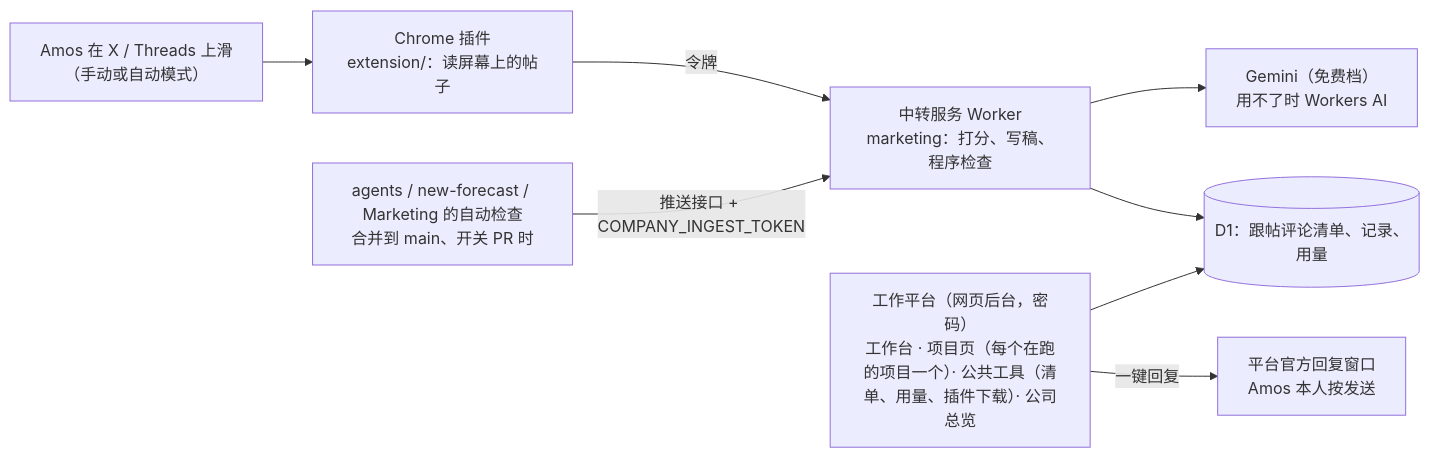
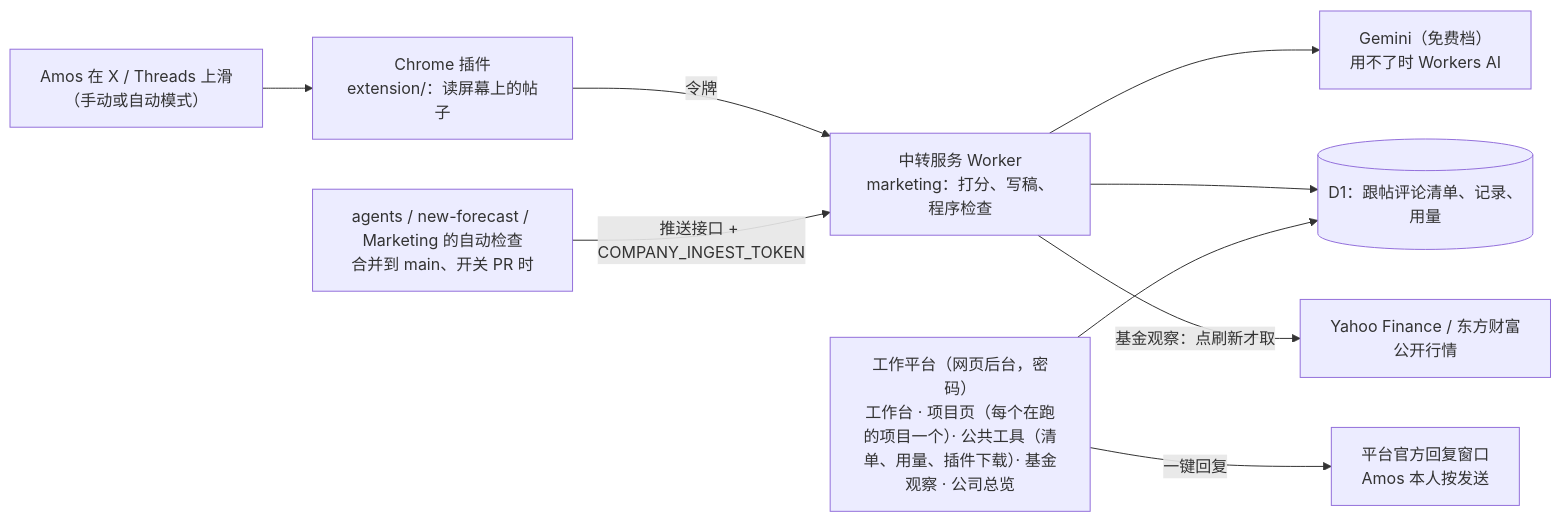
The diagram in 项目地图.md (dollar3651314/Marketing), drawn with Mermaid before and after one commit. The commit also changed other lines of this file and 7 other files, not shown here.

First line of the commit message:
基金观察：计算（funds.ts）、取数和接口（funds-api.ts）、页面（funds-page.ts）、迁移 0014、地图和索引

````diff
--- a/项目地图.md
+++ b/项目地图.md
@@ -14,10 +15,11 @@
 ```mermaid
 flowchart LR
     A["Amos 在 X / Threads 上滑<br/>（手动或自动模式）"] --> P["Chrome 插件<br/>extension/：读屏幕上的帖子"]
     P -->|"令牌"| R["中转服务 Worker<br/>marketing：打分、写稿、程序检查"]
     R --> G["Gemini（免费档）<br/>用不了时 Workers AI"]
     R --> D[("D1：跟帖评论清单、记录、用量")]
-    B["工作平台（网页后台，密码）<br/>工作台 · 项目页（每个在跑的项目一个）· 公共工具（清单、用量、插件下载）· 公司总览"] --> D
+    B["工作平台（网页后台，密码）<br/>工作台 · 项目页（每个在跑的项目一个）· 公共工具（清单、用量、插件下载）· 基金观察 · 公司总览"] --> D
+    R -->|"基金观察：点刷新才取"| Y["Yahoo Finance / 东方财富<br/>公开行情"]
     B -->|"一键回复"| O["平台官方回复窗口<br/>Amos 本人按发送"]
     C["agents / new-forecast / Marketing 的自动检查<br/>合并到 main、开关 PR 时"] -->|"推送接口 + COMPANY_INGEST_TOKEN"| R
 ```
````
